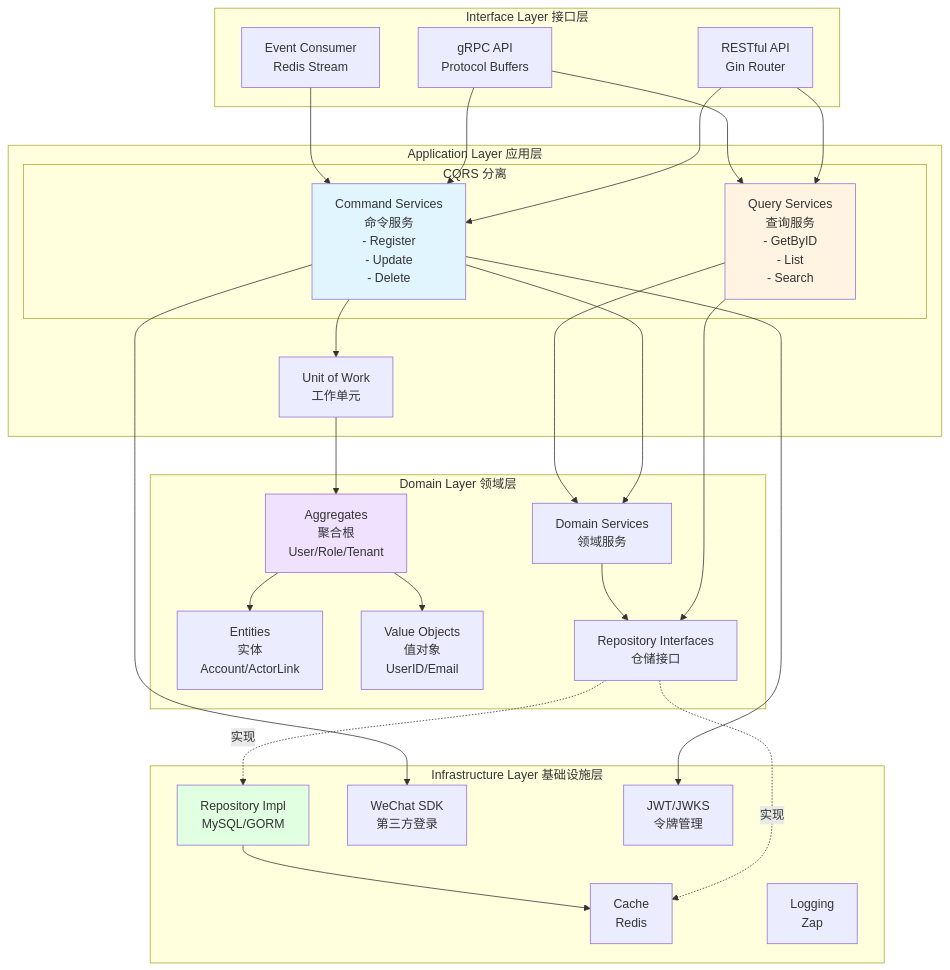
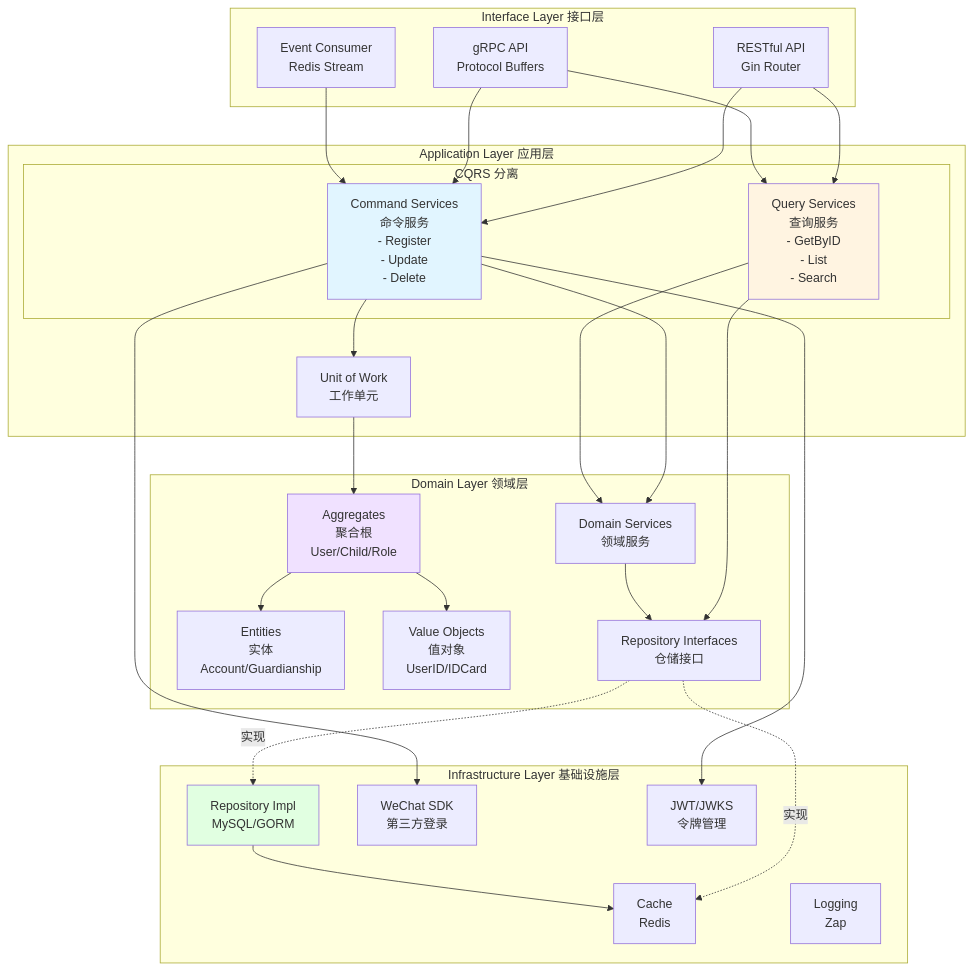
Before and after one commit to FangcunMount/iam-contracts: the second of 6 diagrams in README.md, drawn with Mermaid. The commit also changed other lines of this file, not shown here.

````diff
--- a/README.md
+++ b/README.md
@@ -208,61 +207,61 @@
 ```mermaid
 graph TB
     subgraph "Interface Layer 接口层"
         REST[RESTful API<br/>Gin Router]
         GRPC[gRPC API<br/>Protocol Buffers]
         EVENT[Event Consumer<br/>Redis Stream]
     end
 
     subgraph "Application Layer 应用层"
         subgraph "CQRS 分离"
             CMD[Command Services<br/>命令服务<br/>- Register<br/>- Update<br/>- Delete]
             QUERY[Query Services<br/>查询服务<br/>- GetByID<br/>- List<br/>- Search]
         end
         UOW[Unit of Work<br/>工作单元]
     end
 
     subgraph "Domain Layer 领域层"
-        AGG[Aggregates<br/>聚合根<br/>User/Role/Tenant]
-        ENTITY[Entities<br/>实体<br/>Account/ActorLink]
-        VO[Value Objects<br/>值对象<br/>UserID/Email]
+        AGG[Aggregates<br/>聚合根<br/>User/Child/Role]
+        ENTITY[Entities<br/>实体<br/>Account/Guardianship]
+        VO[Value Objects<br/>值对象<br/>UserID/IDCard]
         DSVC[Domain Services<br/>领域服务]
         REPO_IF[Repository Interfaces<br/>仓储接口]
     end
 
     subgraph "Infrastructure Layer 基础设施层"
         REPO_IMPL[Repository Impl<br/>MySQL/GORM]
         CACHE[Cache<br/>Redis]
         WECHAT[WeChat SDK<br/>第三方登录]
         JWT[JWT/JWKS<br/>令牌管理]
         LOG[Logging<br/>Zap]
     end
 
     REST --> CMD
     REST --> QUERY
     GRPC --> CMD
     GRPC --> QUERY
     EVENT --> CMD
     
     CMD --> UOW
     QUERY --> REPO_IF
     
     UOW --> AGG
     CMD --> DSVC
     QUERY --> DSVC
     
     AGG --> ENTITY
     AGG --> VO
     DSVC --> REPO_IF
     
     REPO_IF -.实现.-> REPO_IMPL
     REPO_IF -.实现.-> CACHE
     
     REPO_IMPL --> CACHE
     CMD --> WECHAT
     CMD --> JWT
 
     style CMD fill:#e1f5ff
     style QUERY fill:#fff4e1
     style AGG fill:#f0e1ff
     style REPO_IMPL fill:#e1ffe1
 ```
````
